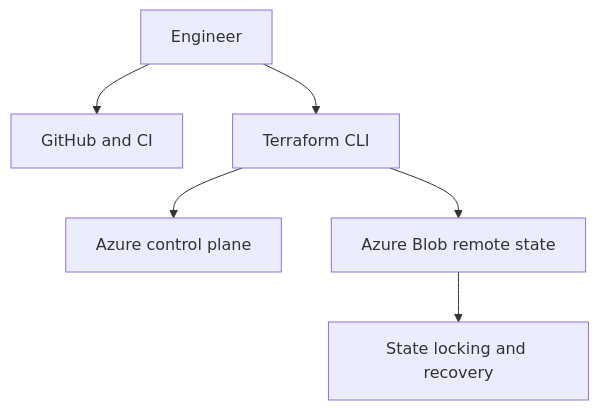
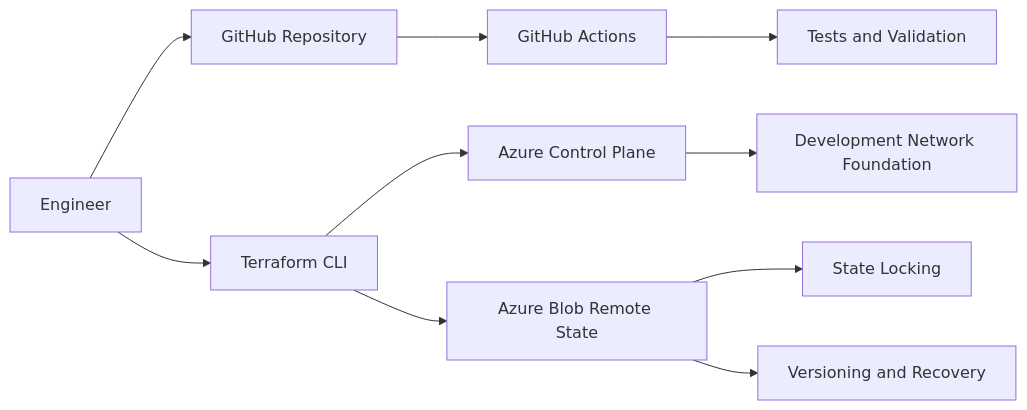
One commit to Morgein/azure-enterprise-platform-lab changed the first of 4 diagrams in README.md. Above: the diagram before and after it, drawn with Mermaid. The commit also changed other lines of this file and 8 other files, not shown here.

Commit message:
docs: add development network deployment evidence (#10)

````diff
--- a/README.md
+++ b/README.md
@@ -101,8 +237,14 @@
 ```mermaid
-flowchart TD
-    Engineer["Engineer"] --> GitHub["GitHub and CI"]
+flowchart LR
+    Engineer["Engineer"] --> GitHub["GitHub Repository"]
+    GitHub --> Actions["GitHub Actions"]
     Engineer --> Terraform["Terraform CLI"]
-    Terraform --> Azure["Azure control plane"]
-    Terraform --> Backend["Azure Blob remote state"]
-    Backend --> Lock["State locking and recovery"]
+
+    Actions --> Validation["Tests and Validation"]
+    Terraform --> Azure["Azure Control Plane"]
+    Terraform --> Backend["Azure Blob Remote State"]
+
+    Backend --> Lock["State Locking"]
+    Backend --> Recovery["Versioning and Recovery"]
+    Azure --> Network["Development Network Foundation"]
 ```
````
